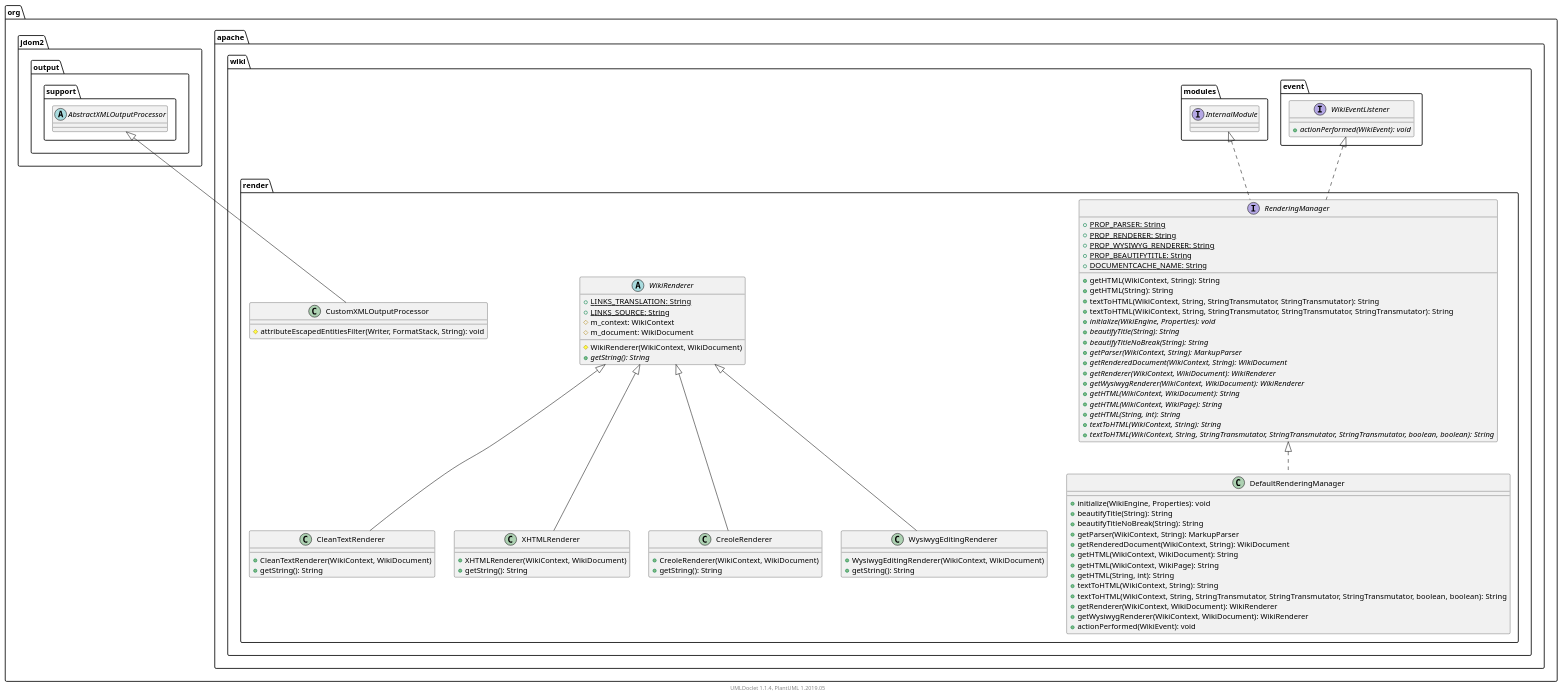
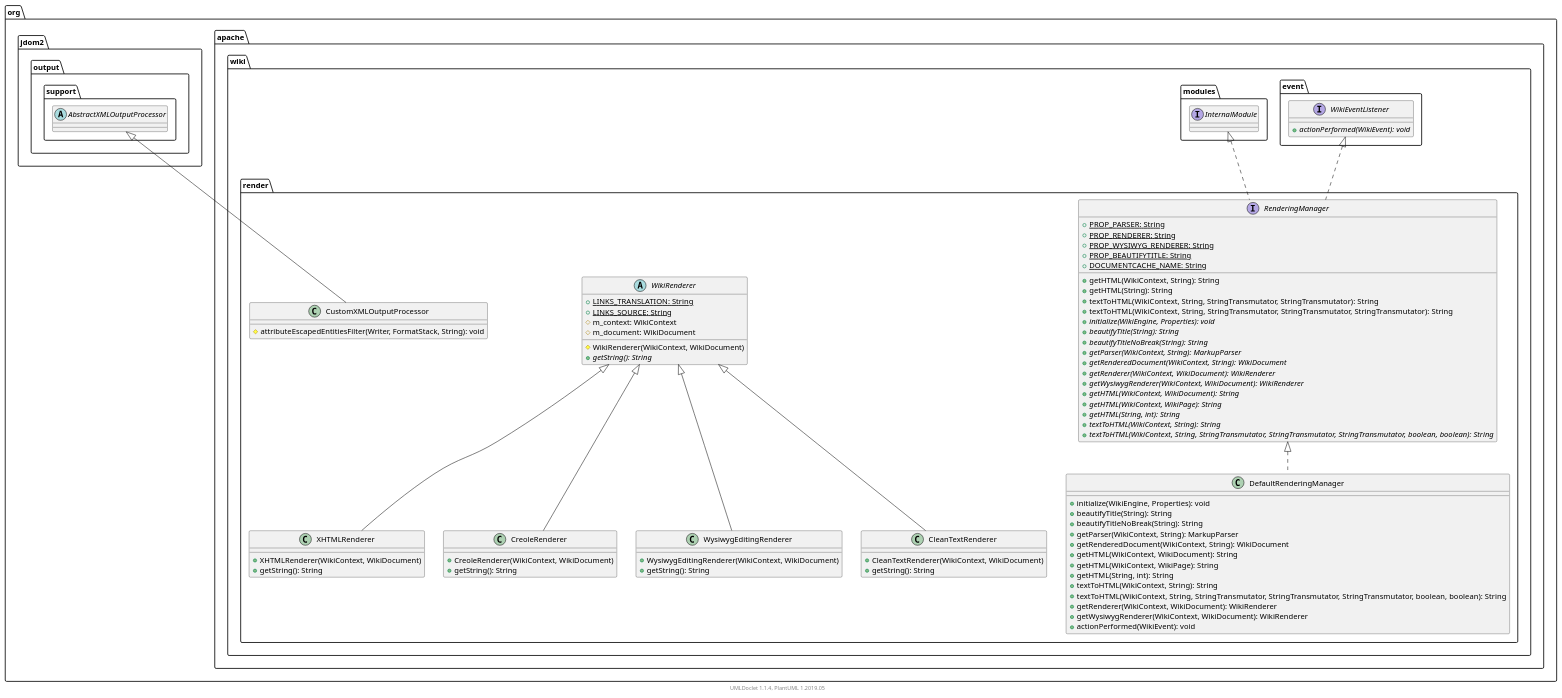
One commit to apache/jspwiki-site changed the diagram in apidocs/2.11.0.M7-SNAPSHOT/org/apache/wiki/render/package.puml. Above: the diagram before and after it, drawn with PlantUML. The commit also changed other lines of this file and 1701 other files, not shown here.

```diff
--- a/apidocs/2.11.0.M7-SNAPSHOT/org/apache/wiki/render/package.puml
+++ b/apidocs/2.11.0.M7-SNAPSHOT/org/apache/wiki/render/package.puml
@@ -1,103 +1,103 @@
 @startuml
 
     namespace org.apache.wiki.render {
 
         class CustomXMLOutputProcessor [[CustomXMLOutputProcessor.html]] {
             #attributeEscapedEntitiesFilter(Writer, FormatStack, String): void
+        }
+
+        class XHTMLRenderer [[XHTMLRenderer.html]] {
+            +XHTMLRenderer(WikiContext, WikiDocument)
+            +getString(): String
+        }
+
+        abstract class WikiRenderer [[WikiRenderer.html]] {
+            {static} +LINKS_TRANSLATION: String
+            {static} +LINKS_SOURCE: String
+            #m_context: WikiContext
+            #m_document: WikiDocument
+            #WikiRenderer(WikiContext, WikiDocument)
+            {abstract} +getString(): String
         }
 
         class DefaultRenderingManager [[DefaultRenderingManager.html]] {
             +initialize(WikiEngine, Properties): void
             +beautifyTitle(String): String
             +beautifyTitleNoBreak(String): String
             +getParser(WikiContext, String): MarkupParser
             +getRenderedDocument(WikiContext, String): WikiDocument
             +getHTML(WikiContext, WikiDocument): String
             +getHTML(WikiContext, WikiPage): String
             +getHTML(String, int): String
             +textToHTML(WikiContext, String): String
             +textToHTML(WikiContext, String, StringTransmutator, StringTransmutator, StringTransmutator, boolean, boolean): String
             +getRenderer(WikiContext, WikiDocument): WikiRenderer
             +getWysiwygRenderer(WikiContext, WikiDocument): WikiRenderer
             +actionPerformed(WikiEvent): void
-        }
-
-        class CleanTextRenderer [[CleanTextRenderer.html]] {
-            +CleanTextRenderer(WikiContext, WikiDocument)
-            +getString(): String
-        }
-
-        class XHTMLRenderer [[XHTMLRenderer.html]] {
-            +XHTMLRenderer(WikiContext, WikiDocument)
-            +getString(): String
-        }
-
-        abstract class WikiRenderer [[WikiRenderer.html]] {
-            {static} +LINKS_TRANSLATION: String
-            {static} +LINKS_SOURCE: String
-            #m_context: WikiContext
-            #m_document: WikiDocument
-            #WikiRenderer(WikiContext, WikiDocument)
-            {abstract} +getString(): String
         }
 
         interface RenderingManager [[RenderingManager.html]] {
             {static} +PROP_PARSER: String
             {static} +PROP_RENDERER: String
             {static} +PROP_WYSIWYG_RENDERER: String
             {static} +PROP_BEAUTIFYTITLE: String
             {static} +DOCUMENTCACHE_NAME: String
             +getHTML(WikiContext, String): String
             +getHTML(String): String
             +textToHTML(WikiContext, String, StringTransmutator, StringTransmutator): String
             +textToHTML(WikiContext, String, StringTransmutator, StringTransmutator, StringTransmutator): String
             {abstract} +initialize(WikiEngine, Properties): void
             {abstract} +beautifyTitle(String): String
             {abstract} +beautifyTitleNoBreak(String): String
             {abstract} +getParser(WikiContext, String): MarkupParser
             {abstract} +getRenderedDocument(WikiContext, String): WikiDocument
             {abstract} +getRenderer(WikiContext, WikiDocument): WikiRenderer
             {abstract} +getWysiwygRenderer(WikiContext, WikiDocument): WikiRenderer
             {abstract} +getHTML(WikiContext, WikiDocument): String
             {abstract} +getHTML(WikiContext, WikiPage): String
             {abstract} +getHTML(String, int): String
             {abstract} +textToHTML(WikiContext, String): String
             {abstract} +textToHTML(WikiContext, String, StringTransmutator, StringTransmutator, StringTransmutator, boolean, boolean): String
         }
 
         class CreoleRenderer [[CreoleRenderer.html]] {
             +CreoleRenderer(WikiContext, WikiDocument)
             +getString(): String
         }
 
         class WysiwygEditingRenderer [[WysiwygEditingRenderer.html]] {
             +WysiwygEditingRenderer(WikiContext, WikiDocument)
             +getString(): String
         }
 
+        class CleanTextRenderer [[CleanTextRenderer.html]] {
+            +CleanTextRenderer(WikiContext, WikiDocument)
+            +getString(): String
+        }
+
         abstract class org.jdom2.output.support.AbstractXMLOutputProcessor
         org.jdom2.output.support.AbstractXMLOutputProcessor <|-- CustomXMLOutputProcessor
 
+        WikiRenderer <|-- XHTMLRenderer
+
         RenderingManager <|.. DefaultRenderingManager
-
-        WikiRenderer <|-- CleanTextRenderer
-
-        WikiRenderer <|-- XHTMLRenderer
 
         interface org.apache.wiki.event.WikiEventListener {
             {abstract} +actionPerformed(WikiEvent): void
         }
         org.apache.wiki.event.WikiEventListener <|.. RenderingManager
 
         interface org.apache.wiki.modules.InternalModule
         org.apache.wiki.modules.InternalModule <|.. RenderingManager
 
         WikiRenderer <|-- CreoleRenderer
 
         WikiRenderer <|-- WysiwygEditingRenderer
 
+        WikiRenderer <|-- CleanTextRenderer
+
     }
 
 
     center footer UMLDoclet 1.1.4, PlantUML 1.2019.05
 @enduml
```
